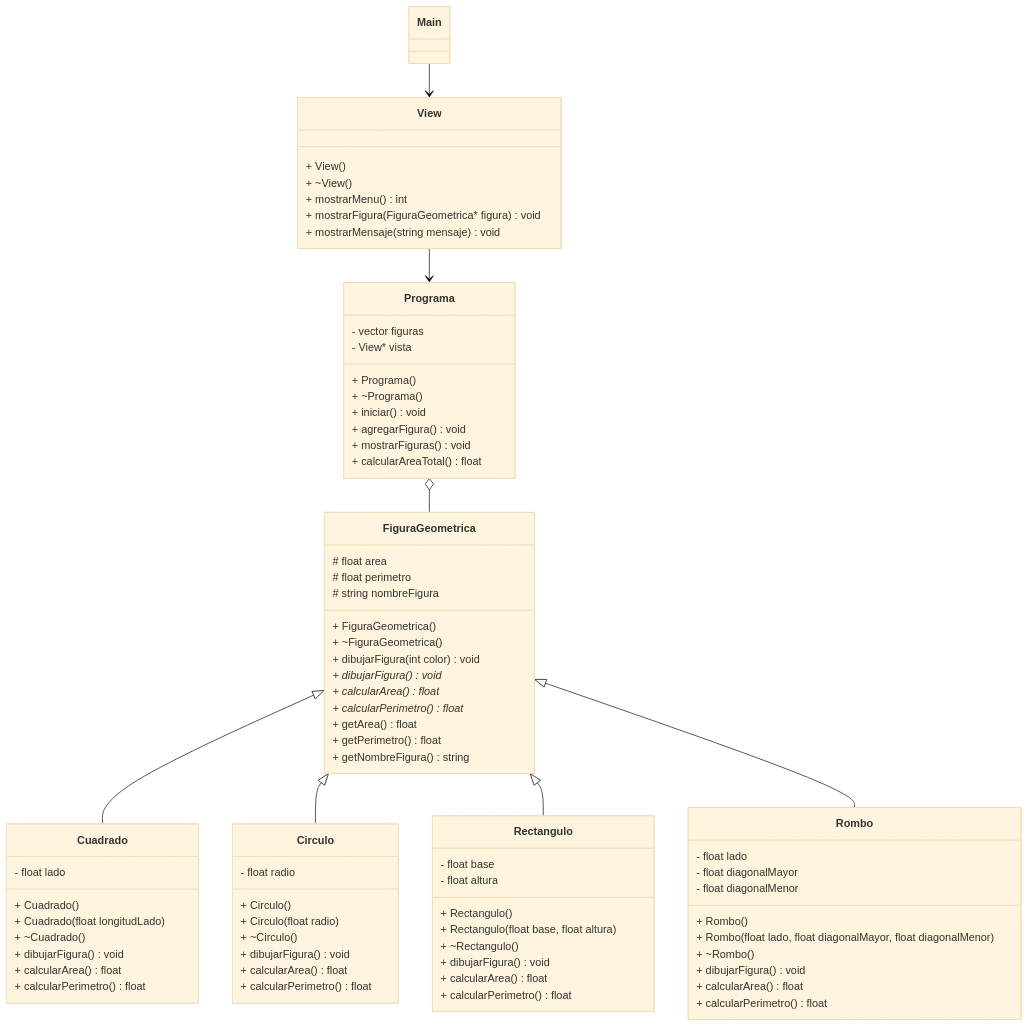
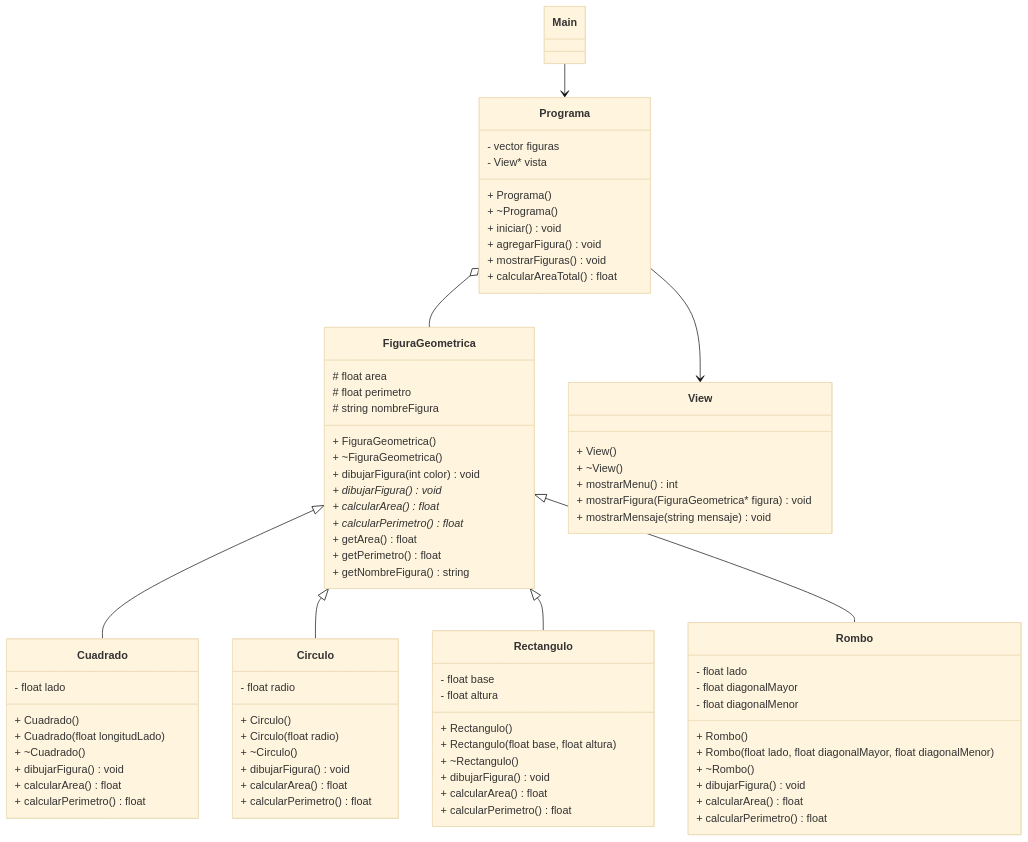
The diagram in README.md (300CIS017-Object-Oriented-Programming/solucionHerenciaFigurasGeometricas), drawn with Mermaid (base theme) before and after one commit.

Commit message:
MOD Mermaid diagram

```diff
--- a/README.md
+++ b/README.md
@@ -23,8 +23,8 @@
     FiguraGeometrica <|-- Rectangulo
     FiguraGeometrica <|-- Rombo
     Programa o-- FiguraGeometrica
-    View --> Programa
-    Main --> View
+    Programa --> View
+    Main --> Programa
 
     class FiguraGeometrica {
         # float area
```
